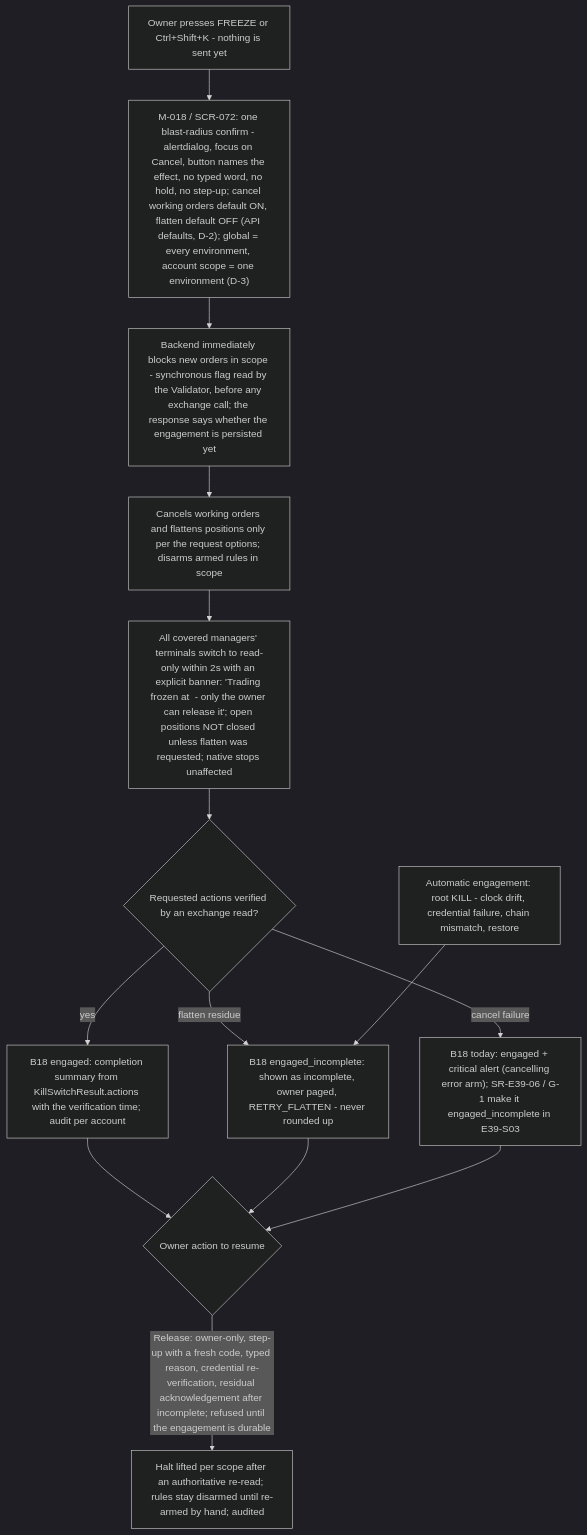
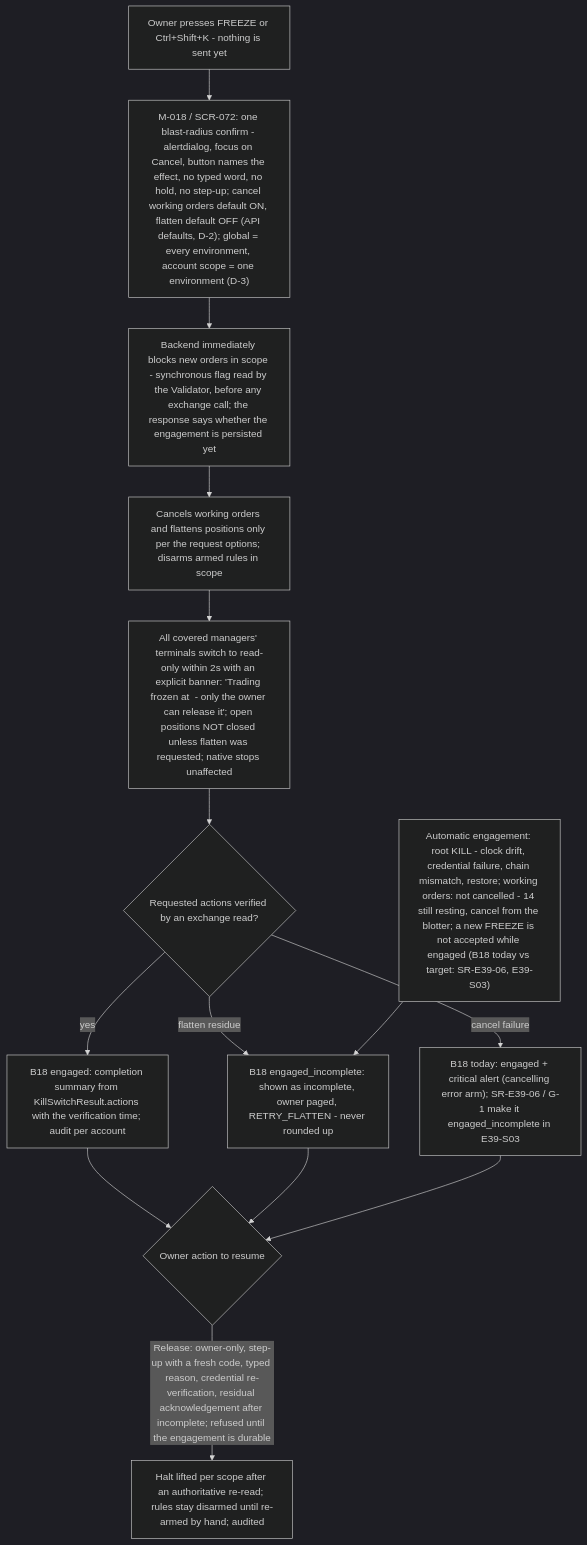
One commit to CandleViewer/CandleViewer changed diagram 24 of 25 in docs/plan/13-user-flows.md. Above: the diagram before and after it, drawn with Mermaid (dark theme). The commit also changed other lines of this file and 26 other files, not shown here.

First line of the commit message:
docs(oms-execution): E39-D01 fold the boards-round lens (working orders, fixtures, SCR-134, scrim)

````diff
--- a/docs/plan/13-user-flows.md
+++ b/docs/plan/13-user-flows.md
@@ -635,16 +635,16 @@
 ```mermaid
 flowchart TD
   A[Owner presses FREEZE or Ctrl+Shift+K - nothing is sent yet] --> B["M-018 / SCR-072: one blast-radius confirm - alertdialog, focus on Cancel, button names the effect, no typed word, no hold, no step-up; cancel working orders default ON, flatten default OFF (API defaults, D-2); global = every environment, account scope = one environment (D-3)"]
   B --> C[Backend immediately blocks new orders in scope - synchronous flag read by the Validator, before any exchange call; the response says whether the engagement is persisted yet]
   C --> D[Cancels working orders and flattens positions only per the request options; disarms armed rules in scope]
   D --> E[All covered managers' terminals switch to read-only within 2s with an explicit banner: 'Trading frozen at <time> - only the owner can release it'; open positions NOT closed unless flatten was requested; native stops unaffected]
   E --> F{Requested actions verified by an exchange read?}
   F -->|yes| G[B18 engaged: completion summary from KillSwitchResult.actions with the verification time; audit per account]
   F -->|flatten residue| H[B18 engaged_incomplete: shown as incomplete, owner paged, RETRY_FLATTEN - never rounded up]
   F -->|cancel failure| H2["B18 today: engaged + critical alert (cancelling error arm); SR-E39-06 / G-1 make it engaged_incomplete in E39-S03"]
-  K[Automatic engagement: root KILL - clock drift, credential failure, chain mismatch, restore] --> H
+  K["Automatic engagement: root KILL - clock drift, credential failure, chain mismatch, restore; working orders: not cancelled - 14 still resting, cancel from the blotter; a new FREEZE is not accepted while engaged (B18 today vs target: SR-E39-06, E39-S03)"] --> H
   G --> I{Owner action to resume}
   H --> I
   H2 --> I
   I -->|Release: owner-only, step-up with a fresh code, typed reason, credential re-verification, residual acknowledgement after incomplete; refused until the engagement is durable| J[Halt lifted per scope after an authoritative re-read; rules stay disarmed until re-armed by hand; audited]
 ```
````
